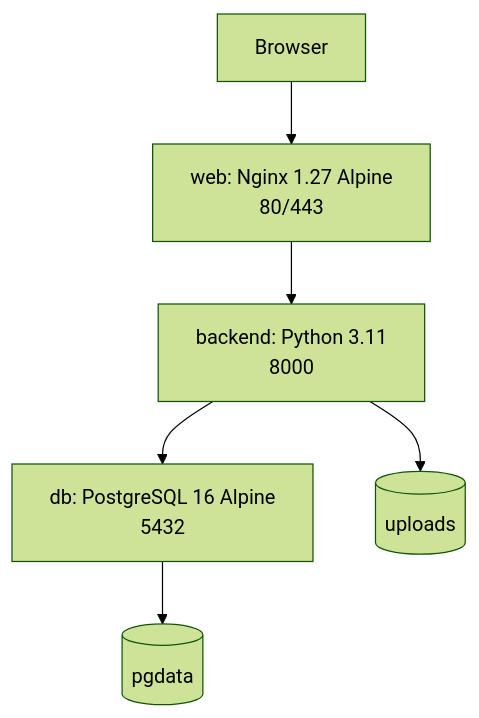
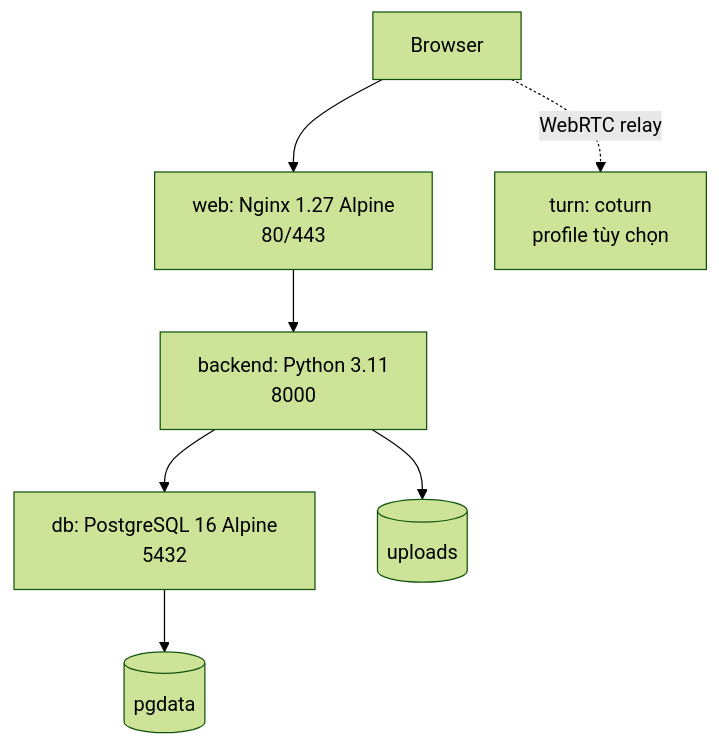
Before and after one commit to Dungx1107/team-chat: the diagram in docs/12-deployment.md, drawn with Mermaid (forest theme). The commit also changed other lines of this file and 40 other files, not shown here.

````diff
--- a/docs/12-deployment.md
+++ b/docs/12-deployment.md
@@ -5,14 +5,16 @@
 ```mermaid
 flowchart TB
     Client[Browser]
     Web[web: Nginx 1.27 Alpine\n80/443]
     Backend[backend: Python 3.11\n8000]
     DB[db: PostgreSQL 16 Alpine\n5432]
     Uploads[(uploads)]
     Pgdata[(pgdata)]
+    Turn[turn: coturn\nprofile tùy chọn]
     Client --> Web
     Web --> Backend
     Backend --> DB
     Backend --> Uploads
     DB --> Pgdata
+    Client -. WebRTC relay .-> Turn
 ```
````
